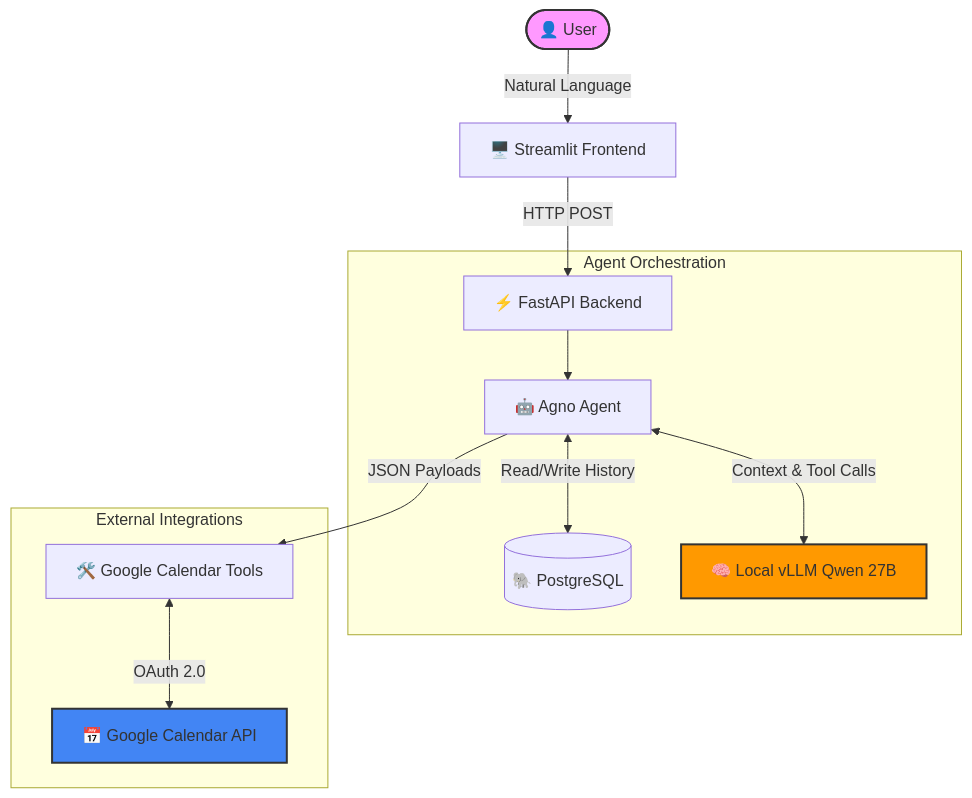
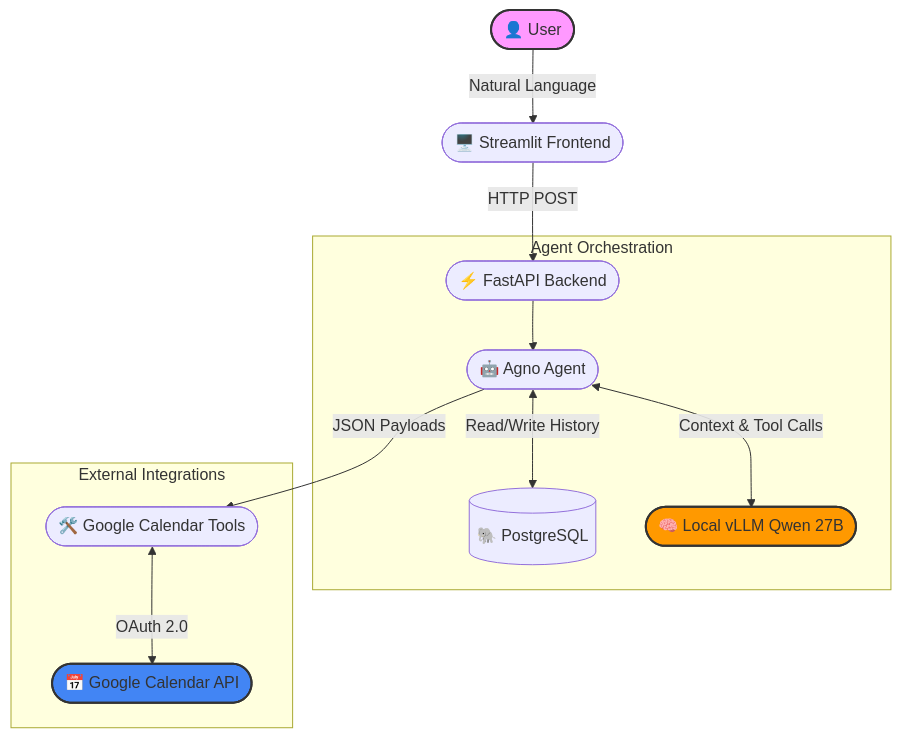
Before and after one commit to Hetgandhi25/Agentic-Calendar-Assistant: the first of 2 diagrams in README.md, drawn with Mermaid. The commit also changed other lines of this file, not shown here.

Commit message:
docs: fix mermaid syntax and add execution flow sequence diagram

````diff
--- a/README.md
+++ b/README.md
@@ -11,20 +11,20 @@
 ```mermaid
 graph TD
-    User([👤 User]) -->|Natural Language| UI[🖥️ Streamlit Frontend]
-    UI -->|HTTP POST| API[⚡ FastAPI Backend]
+    User(["👤 User"]) -->|"Natural Language"| UI(["🖥️ Streamlit Frontend"])
+    UI -->|"HTTP POST"| API(["⚡ FastAPI Backend"])
     
     subgraph "Agent Orchestration"
-        API --> Agent[🤖 Agno Agent]
-        Agent <-->|Read/Write History| DB[(🐘 PostgreSQL)]
-        Agent <-->|Context & Tool Calls| LLM[🧠 Local vLLM Qwen 27B]
+        API --> Agent(["🤖 Agno Agent"])
+        Agent <-->|"Read/Write History"| DB[("🐘 PostgreSQL")]
+        Agent <-->|"Context & Tool Calls"| LLM(["🧠 Local vLLM Qwen 27B"])
     end
     
     subgraph "External Integrations"
-        Agent -->|JSON Payloads| Tools[🛠️ Google Calendar Tools]
-        Tools <-->|OAuth 2.0| GCal[📅 Google Calendar API]
+        Agent -->|"JSON Payloads"| Tools(["🛠️ Google Calendar Tools"])
+        Tools <-->|"OAuth 2.0"| GCal(["📅 Google Calendar API"])
     end
 
     style User fill:#f9f,stroke:#333,stroke-width:2px
     style LLM fill:#ff9900,stroke:#333,stroke-width:2px
     style GCal fill:#4285F4,stroke:#333,stroke-width:2px
 ```
````
